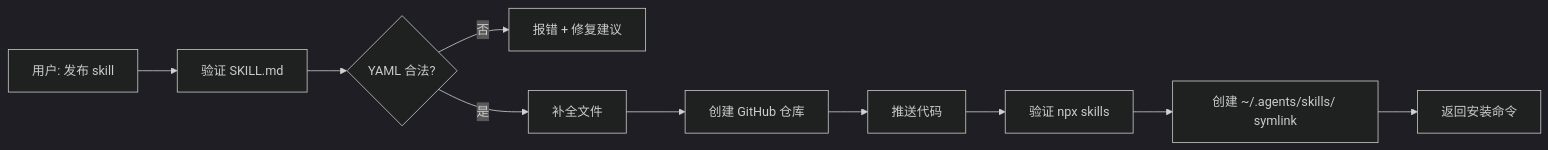
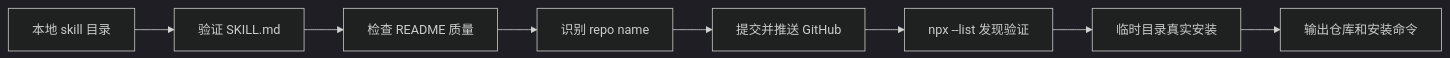
One commit to joeseesun/qiaomu-skill-publisher changed the diagram in README.md. Above: the diagram before and after it, drawn with Mermaid (dark theme). The commit also changed other lines of this file and 2 other files, not shown here.

Commit message:
Update skill

````diff
--- a/README.md
+++ b/README.md
@@ -73,12 +85,10 @@
 ```mermaid
-graph LR
-    A[用户: 发布 skill] --> B[验证 SKILL.md]
-    B --> C{YAML 合法?}
-    C -->|否| D[报错 + 修复建议]
-    C -->|是| E[补全文件]
-    E --> F[创建 GitHub 仓库]
-    F --> G[推送代码]
-    G --> H[验证 npx skills]
-    H --> I[创建 ~/.agents/skills/ symlink]
-    I --> J[返回安装命令]
+flowchart LR
+  A["本地 skill 目录"] --> B["验证 SKILL.md"]
+  B --> C["检查 README 质量"]
+  C --> D["识别 repo name"]
+  D --> E["提交并推送 GitHub"]
+  E --> F["npx --list 发现验证"]
+  F --> G["临时目录真实安装"]
+  G --> H["输出仓库和安装命令"]
 ```
````
